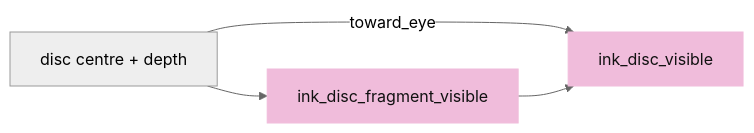
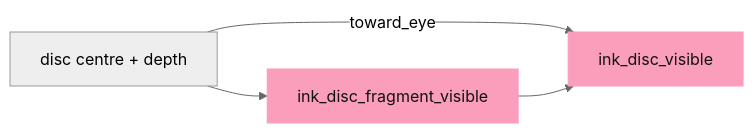
One commit to petrasvestartas/session changed the eighth of 15 diagrams in session_viewer/docs/05-visibility.md. Above: the diagram before and after it, drawn with Mermaid (neutral theme). The commit also changed other lines of this file and 328 other files, not shown here.

First line of the commit message:
Course: the palette you sent, and mermaid drawn like the drawings

````diff
--- a/session_viewer/docs/05-visibility.md
+++ b/session_viewer/docs/05-visibility.md
@@ -178,8 +178,8 @@
 ```mermaid
 flowchart LR
     C["disc centre + depth"] --> F["ink_disc_fragment_visible"]
     C -- "toward_eye" --> V["ink_disc_visible"]
     F --> V
-    style F fill:#f0bcdb,stroke:#f0bcdb,color:#111
-    style V fill:#f0bcdb,stroke:#f0bcdb,color:#111
+    style F fill:#fa9ebc,stroke:#fa9ebc,color:#111
+    style V fill:#fa9ebc,stroke:#fa9ebc,color:#111
 ```
````
